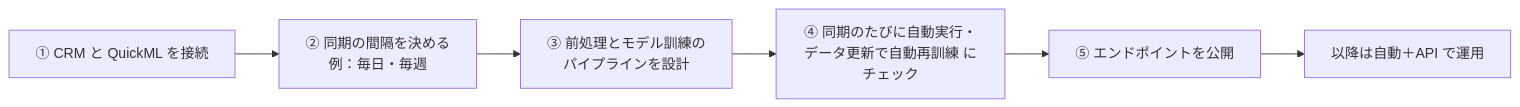
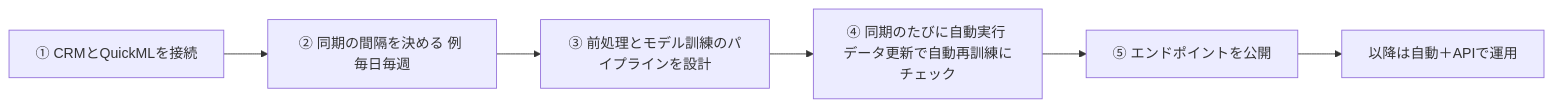
Before and after one commit to kotarosan-dev/02_rd: the fourth of 4 diagrams in 開発試作/CRM-AI-Matching-PoC/01_計画/Zoho_Catalyst_AutoML_成約データ学習_リサーチ.md, drawn with Mermaid. The commit also changed other lines of this file and 39 other files, not shown here.

````diff
--- a/開発試作/CRM-AI-Matching-PoC/01_計画/Zoho_Catalyst_AutoML_成約データ学習_リサーチ.md
+++ b/開発試作/CRM-AI-Matching-PoC/01_計画/Zoho_Catalyst_AutoML_成約データ学習_リサーチ.md
@@ -141,8 +141,8 @@
 ```mermaid
 flowchart LR
-  A[① CRM と QuickML を接続] --> B[② 同期の間隔を決める\n例：毎日・毎週]
-  B --> C[③ 前処理とモデル訓練の\nパイプラインを設計]
-  C --> D[④ 同期のたびに自動実行・\nデータ更新で自動再訓練 にチェック]
+  A[① CRMとQuickMLを接続] --> B[② 同期の間隔を決める 例 毎日毎週]
+  B --> C[③ 前処理とモデル訓練のパイプラインを設計]
+  C --> D[④ 同期のたびに自動実行 データ更新で自動再訓練にチェック]
   D --> E[⑤ エンドポイントを公開]
-  E --> F[以降は自動＋API で運用]
+  E --> F[以降は自動＋APIで運用]
 ```
````
